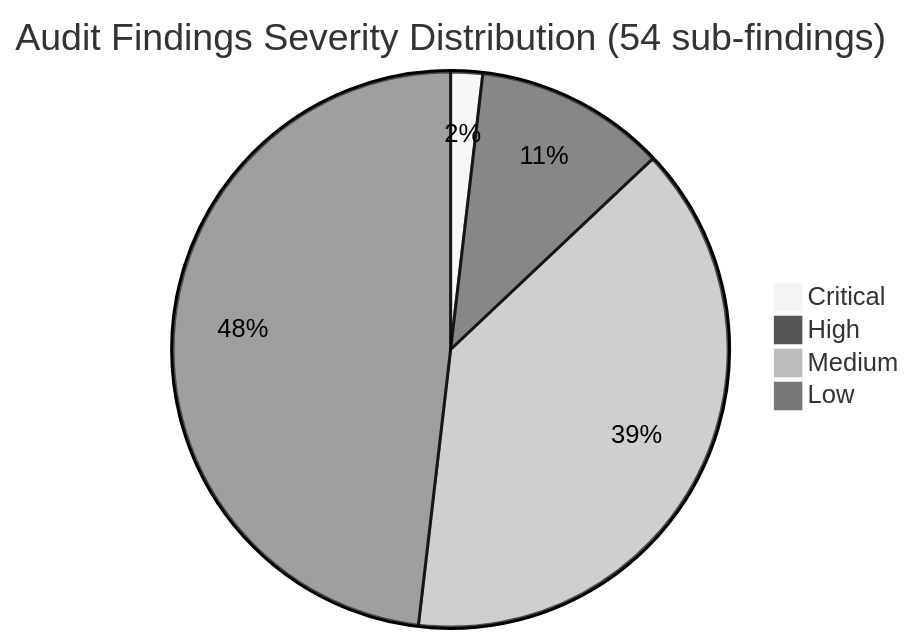
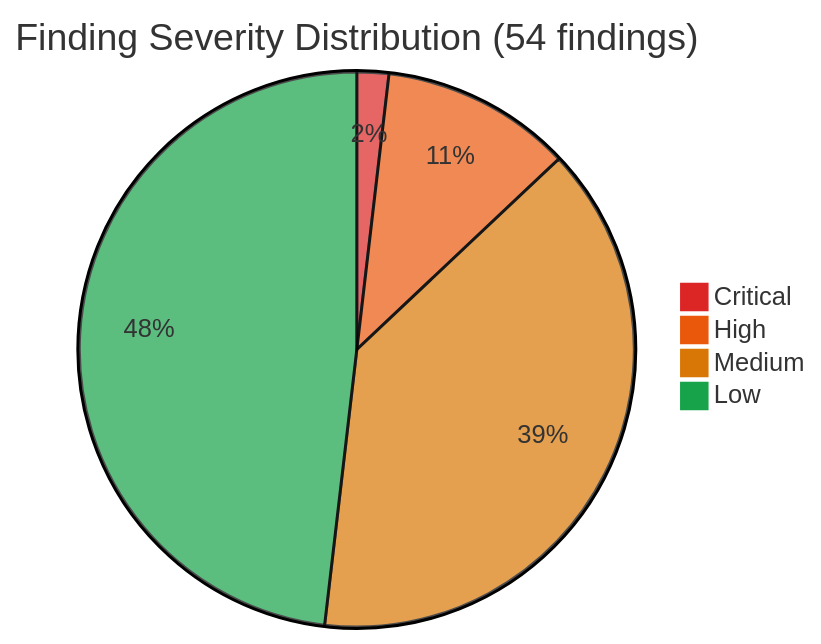
The fourth of 4 diagrams in blitzy/documentation/Project Guide.md (blitzy-public-samples/blitzy-kafka), drawn with Mermaid before and after one commit. The commit also changed other lines of this file, not shown here.

````diff
--- a/blitzy/documentation/Project Guide.md
+++ b/blitzy/documentation/Project Guide.md
@@ -347,8 +290,8 @@
 ```mermaid
-%%{init: {'theme':'neutral'}}%%
-pie title Audit Findings Severity Distribution (54 sub-findings)
+%%{init: {'theme':'base','themeVariables':{'pie1':'#DC2626','pie2':'#EA580C','pie3':'#D97706','pie4':'#16A34A'}}}%%
+pie title Finding Severity Distribution (54 findings)
     "Critical" : 1
     "High" : 6
     "Medium" : 21
     "Low" : 26
 ```
````
